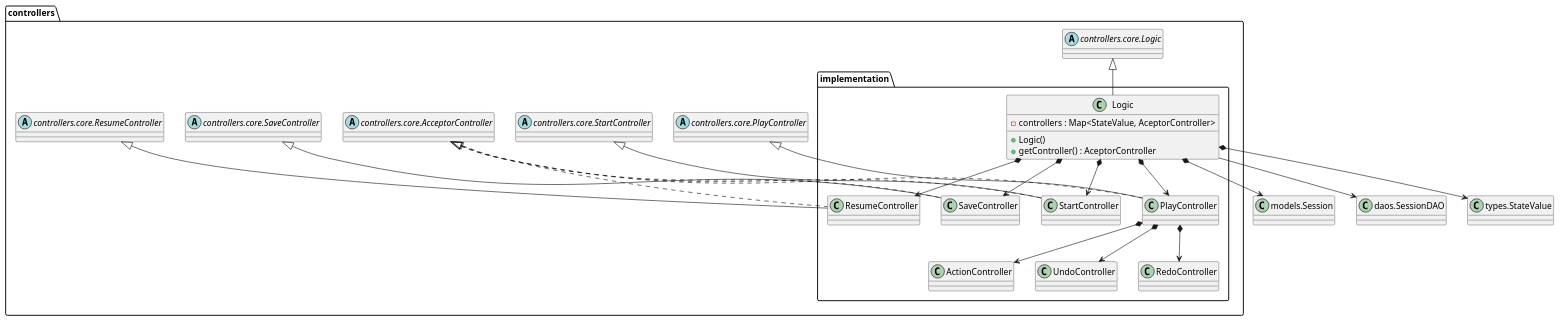
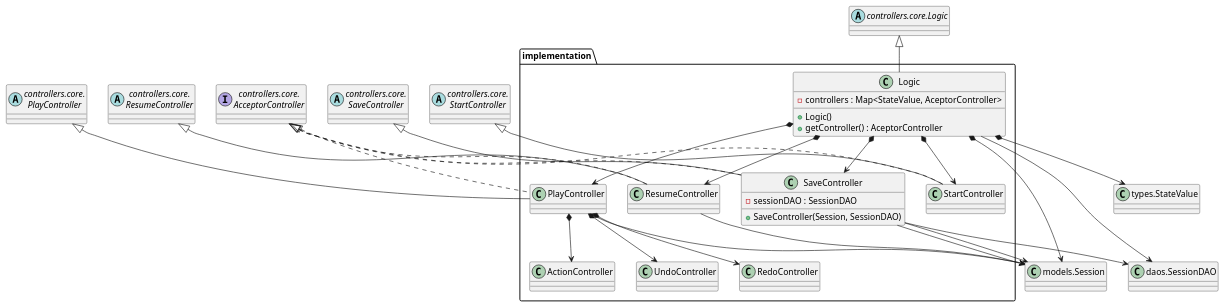
The diagram in connect4/Docs/diagrams/src/packages/connect4.connect4.controllers.implementation.plantuml (js-rom/connect4), drawn with PlantUML before and after one commit. The commit also changed 5 other files, not shown here.

Commit message:
docs: update save controller documentation #8

```diff
--- a/connect4/Docs/diagrams/src/packages/connect4.connect4.controllers.implementation.plantuml
+++ b/connect4/Docs/diagrams/src/packages/connect4.connect4.controllers.implementation.plantuml
@@ -1,73 +1,84 @@
 @startuml connect4.connect4.controllers.implementation
 
-class controllers.implementation.Logic {
+package implementation {
+
+}
+
+class implementation.Logic {
     -controllers : Map<StateValue, AceptorController> 
     +Logic()
     +getController() : AceptorController
 }
 
 
-class controllers.implementation.StartController {
+class implementation.StartController {
 
 }
 
 
-class controllers.implementation.PlayController{
+class implementation.PlayController{
 
 }
 
-class controllers.implementation.ActionController{
+class implementation.ActionController{
    
 }
 
-class controllers.implementation.UndoController{
+class implementation.UndoController{
   
 }
 
-class controllers.implementation.RedoController{
+class implementation.RedoController{
    
 }
 
-class controllers.implementation.SaveController{
-  
+class implementation.SaveController{
+  - sessionDAO : SessionDAO
+  + SaveController(Session, SessionDAO)
 }
 
-class controllers.implementation.ResumeController{
+class implementation.ResumeController{
   
 }
 
 class Session as "models.Session"
 class SessionDAO as "daos.SessionDAO"
 class StateValue as "types.StateValue"
 
-abstract class controllers.AcceptorController as "controllers.core.AcceptorController"
+interface AcceptorController as "controllers.core.\nAcceptorController"
 AcceptorController <|.. StartController
 AcceptorController <|.. PlayController
 AcceptorController <|.. SaveController
 AcceptorController <|.. ResumeController
 
-abstract class controllers.coreLogic as "controllers.core.Logic"
+abstract class coreLogic as "controllers.core.Logic"
 coreLogic <|-- Logic
 Logic *--> Session
 Logic --> SessionDAO
 Logic *--> StartController
 Logic *--> PlayController
 Logic *--> SaveController
 Logic *--> ResumeController
 Logic *--> StateValue
 
 PlayController *--> ActionController
 PlayController *--> UndoController
 PlayController *--> RedoController
 
-abstract class controllers.StartController as "controllers.core.StartController"
-abstract class controllers.PlayController as "controllers.core.PlayController"
-abstract class controllers.SaveController as "controllers.core.SaveController"
-abstract class controllers.ResumeController as "controllers.core.ResumeController"
+abstract class StartController as "controllers.core.\nStartController"
+abstract class PlayController as "controllers.core.\nPlayController"
+abstract class SaveController as "controllers.core.\nSaveController"
+abstract class ResumeController as "controllers.core.\nResumeController"
 
-controllers.StartController <|-- controllers.implementation.StartController
-controllers.PlayController <|-- controllers.implementation.PlayController
-controllers.SaveController <|-- controllers.implementation.SaveController
-controllers.ResumeController <|-- controllers.implementation.ResumeController
+StartController <|-- implementation.StartController
+PlayController <|-- implementation.PlayController
+SaveController <|-- implementation.SaveController
+ResumeController <|-- implementation.ResumeController
+
+implementation.SaveController --> Session
+implementation.PlayController --> Session
+implementation.SaveController --> Session
+implementation.ResumeController --> Session
+implementation.SaveController --> SessionDAO
 
 @enduml
```
